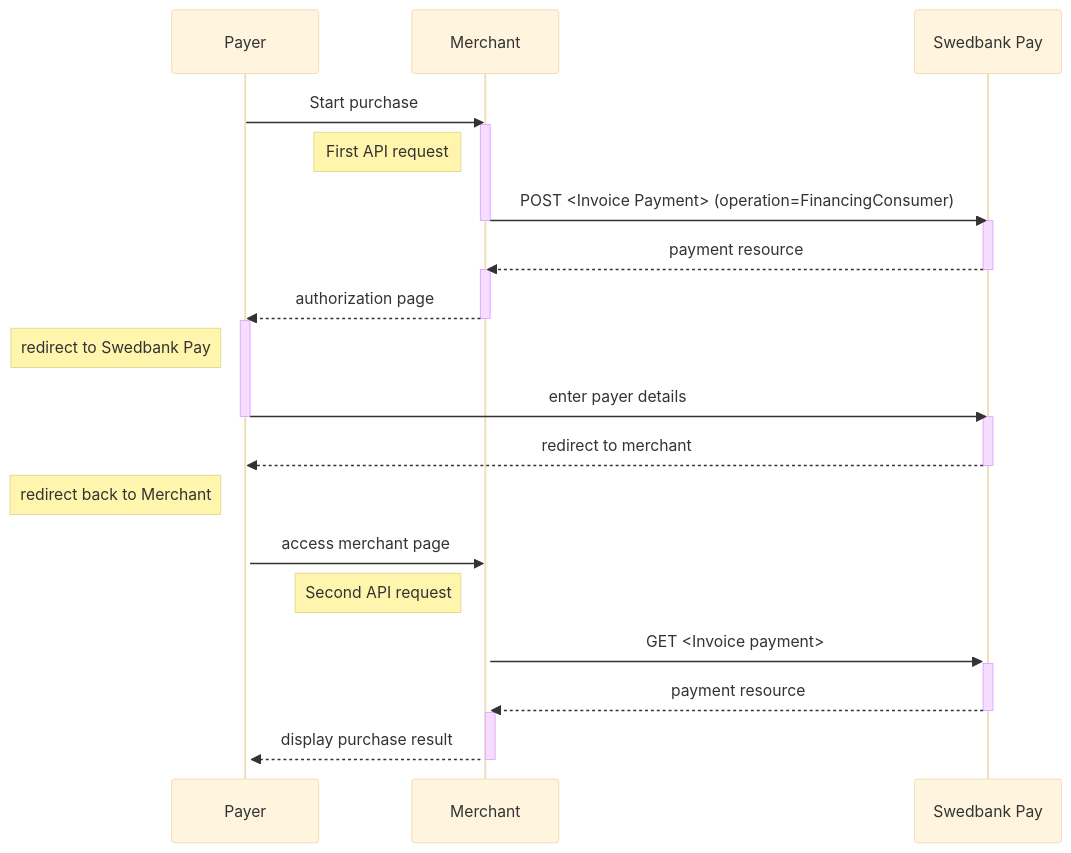
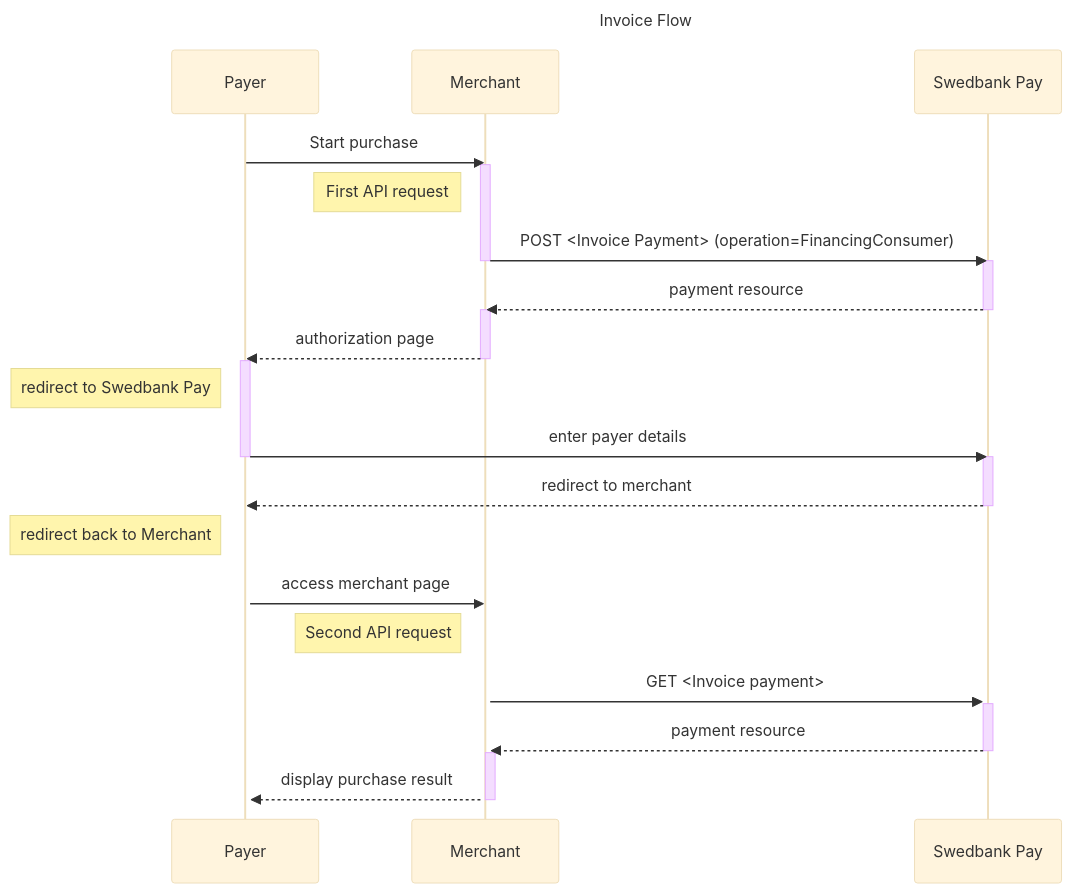
One commit to SwedbankPay/developer.swedbankpay.com changed the diagram in old-implementations/payment-instruments-v1/invoice/index.md. Above: the diagram before and after it, drawn with Mermaid (base theme). The commit also changed 66 other files, not shown here.

Commit message:
Added titles in sequence diagrams

````diff
--- a/old-implementations/payment-instruments-v1/invoice/index.md
+++ b/old-implementations/payment-instruments-v1/invoice/index.md
@@ -68,25 +68,26 @@
 ```mermaid
 sequenceDiagram
+title: Invoice Flow
     Payer->>Merchant: Start purchase
     activate Merchant
     note left of Merchant: First API request
     Merchant->>-Swedbank Pay: POST <Invoice Payment> (operation=FinancingConsumer)
     activate Swedbank Pay
     Swedbank Pay-->>-Merchant: payment resource
     activate Merchant
     Merchant-->>-Payer: authorization page
     activate Payer
     note left of Payer: redirect to Swedbank Pay
     Payer->>-Swedbank Pay: enter payer details
     activate Swedbank Pay
     Swedbank Pay-->>-Payer: redirect to merchant
     activate Payer
     note left of Payer: redirect back to Merchant
     Payer->>Merchant: access merchant page
     activate Merchant
     note left of Merchant: Second API request
     Merchant->>+Swedbank Pay: GET <Invoice payment>
     Swedbank Pay-->>-Merchant: payment resource
     activate Merchant
     Merchant-->>-Payer: display purchase result
 ```
````
